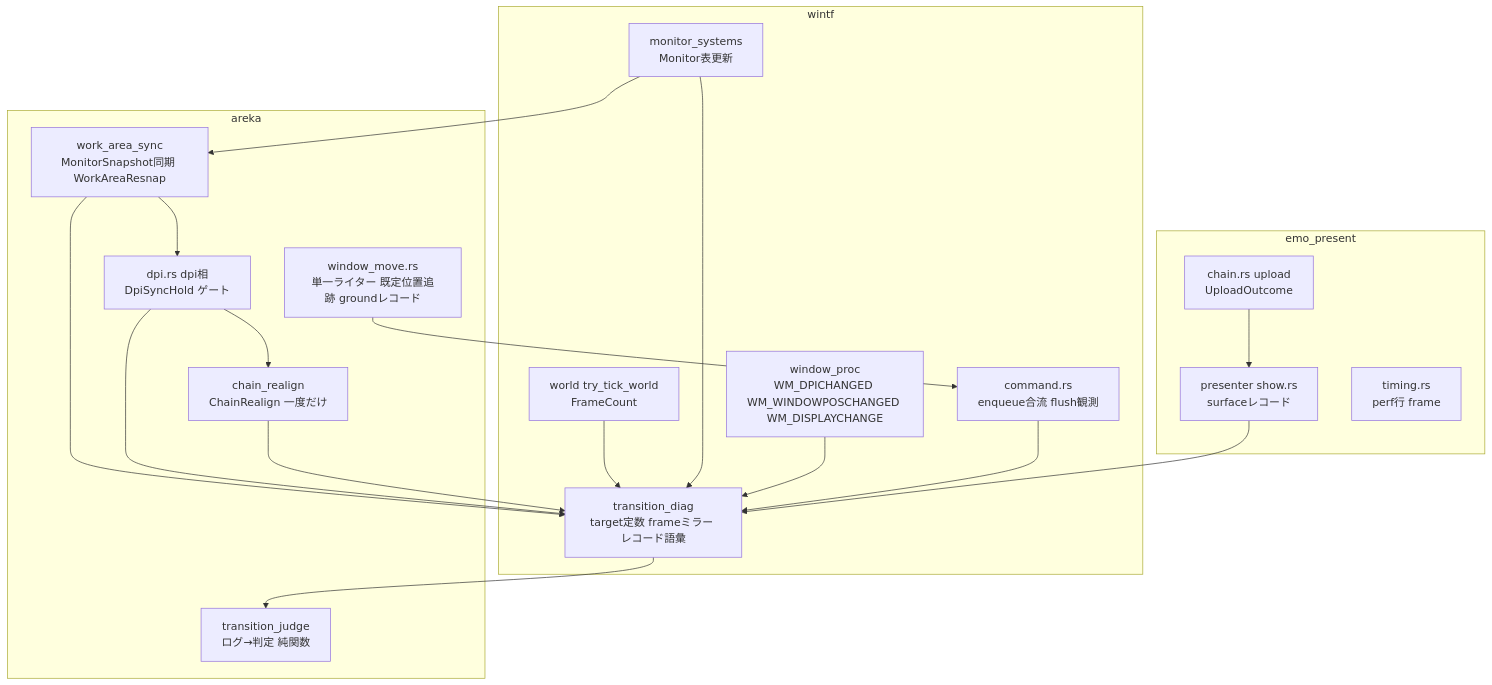
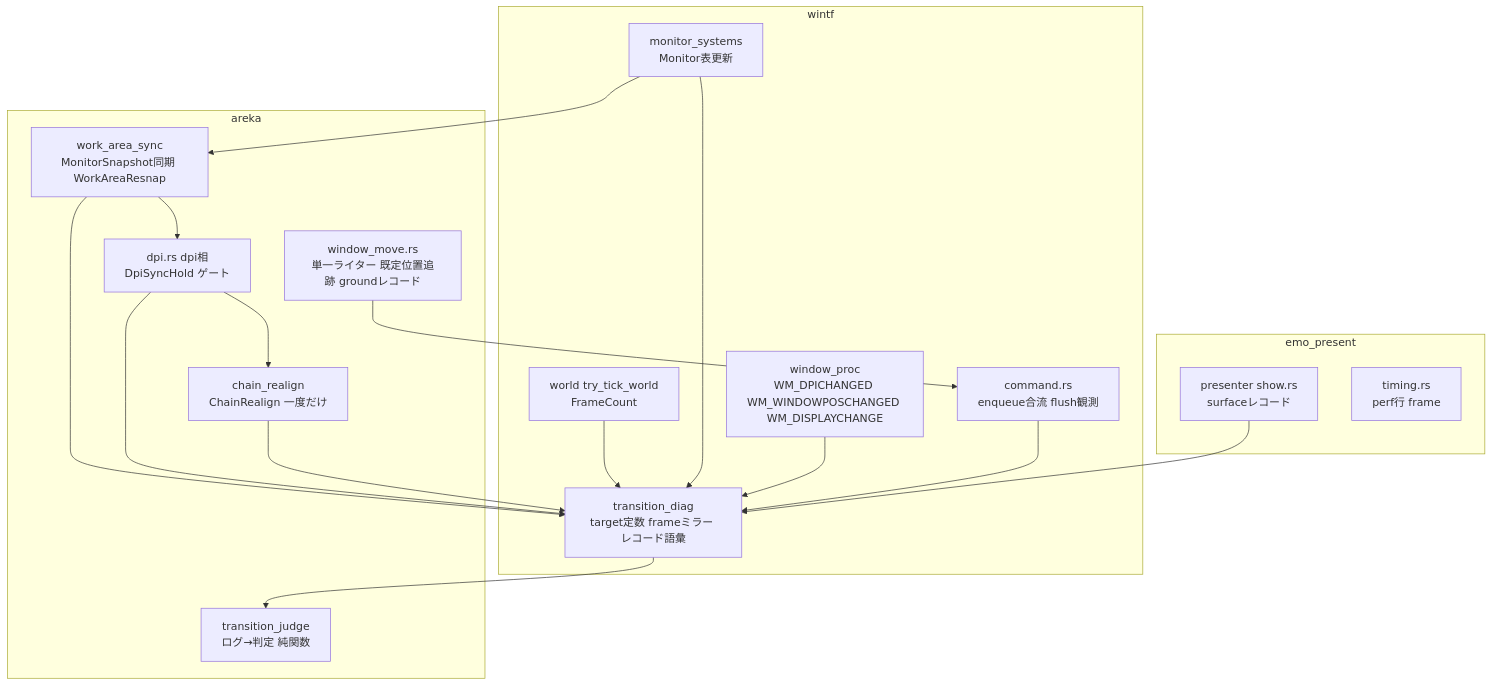
Before and after one commit to ekicyou/areka: the first of 4 diagrams in .kiro/specs/areka-P0-dpi-transition-atomicity/design.md, drawn with Mermaid. The commit also changed other lines of this file and 1 other file, not shown here.

````diff
--- a/.kiro/specs/areka-P0-dpi-transition-atomicity/design.md
+++ b/.kiro/specs/areka-P0-dpi-transition-atomicity/design.md
@@ -87,36 +87,34 @@
 ```mermaid
 graph TB
     subgraph wintf
         TD[transition_diag<br/>target定数 frameミラー レコード語彙]
         CMD[command.rs<br/>enqueue合流 flush観測]
         WP[window_proc<br/>WM_DPICHANGED WM_WINDOWPOSCHANGED WM_DISPLAYCHANGE]
         MS[monitor_systems<br/>Monitor表更新]
         TICK[world try_tick_world<br/>FrameCount]
     end
     subgraph emo_present
         SHOW[presenter show.rs<br/>surfaceレコード]
-        CHAIN[chain.rs upload<br/>UploadOutcome]
         TIM[timing.rs<br/>perf行 frame]
     end
     subgraph areka
         SYNC[work_area_sync<br/>MonitorSnapshot同期 WorkAreaResnap]
         DPI[dpi.rs dpi相<br/>DpiSyncHold ゲート]
         REALIGN[chain_realign<br/>ChainRealign 一度だけ]
         WM[window_move.rs<br/>単一ライター 既定位置追跡 groundレコード]
         JUDGE[transition_judge<br/>ログ→判定 純関数]
     end
     TICK --> TD
     MS --> TD
     WP --> TD
     CMD --> TD
     SHOW --> TD
     SYNC --> TD
     DPI --> TD
     REALIGN --> TD
     WM --> CMD
-    CHAIN --> SHOW
     SYNC --> DPI
     DPI --> REALIGN
     MS --> SYNC
     TD --> JUDGE
 ```
````
